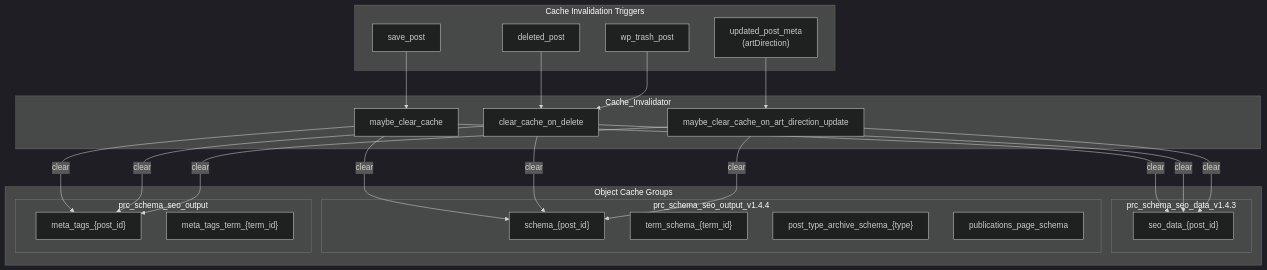
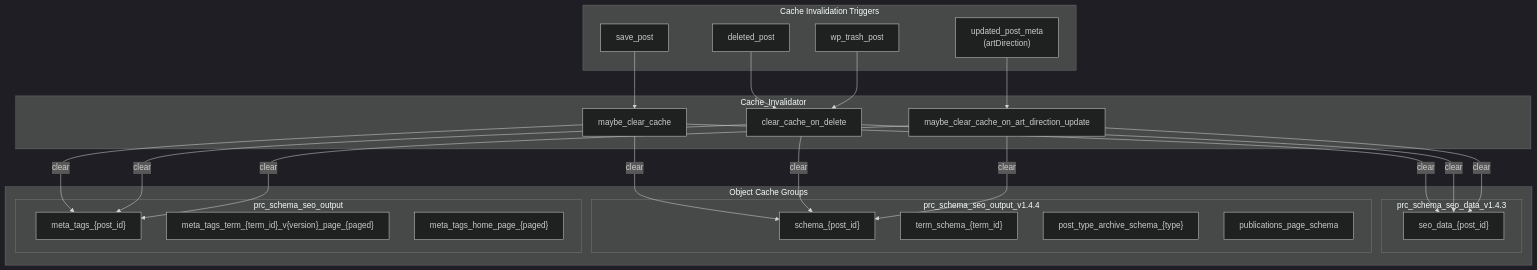
Before and after one commit to pewresearch/prc-schema-seo: the eighth of 12 diagrams in docs/DIAGRAM.md, drawn with Mermaid (dark theme). The commit also changed 30 other files, not shown here.

````diff
--- a/docs/DIAGRAM.md
+++ b/docs/DIAGRAM.md
@@ -315,50 +315,51 @@
 ```mermaid
 flowchart TB
     subgraph CacheGroups["Object Cache Groups"]
         subgraph G1["prc_schema_seo_data_v1.4.3"]
             SD["seo_data_{post_id}"]
         end
 
         subgraph G2["prc_schema_seo_output_v1.4.4"]
             SCH["schema_{post_id}"]
             TS["term_schema_{term_id}"]
             PTA["post_type_archive_schema_{type}"]
             PPS["publications_page_schema"]
         end
 
         subgraph G3["prc_schema_seo_output"]
             MT["meta_tags_{post_id}"]
-            MTT["meta_tags_term_{term_id}"]
+            MTT["meta_tags_term_{term_id}_v{version}_page_{paged}"]
+            MH["meta_tags_home_page_{paged}"]
         end
     end
 
     subgraph Triggers["Cache Invalidation Triggers"]
         SP[save_post]
         DP[deleted_post]
         TP[wp_trash_post]
         UPM["updated_post_meta<br/>(artDirection)"]
     end
 
     subgraph Invalidator["Cache_Invalidator"]
         CI[maybe_clear_cache]
         COD[clear_cache_on_delete]
         CAD[maybe_clear_cache_on_art_direction_update]
     end
 
     SP --> CI
     DP --> COD
     TP --> COD
     UPM --> CAD
 
     CI --> |clear| SD
     CI --> |clear| SCH
     CI --> |clear| MT
 
     COD --> |clear| SD
     COD --> |clear| SCH
     COD --> |clear| MT
 
     CAD --> |clear| SD
     CAD --> |clear| SCH
     CAD --> |clear| MT
 ```
````
